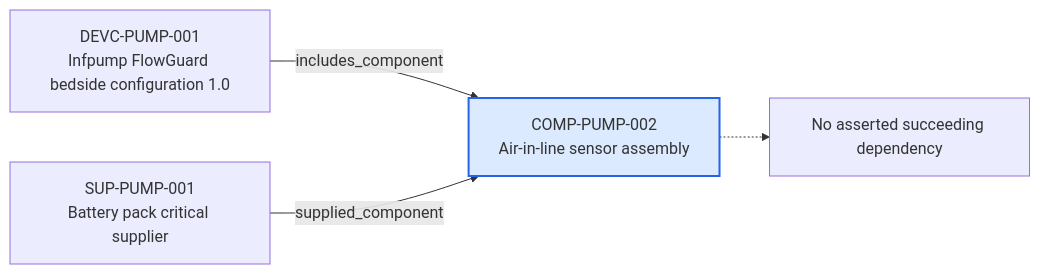
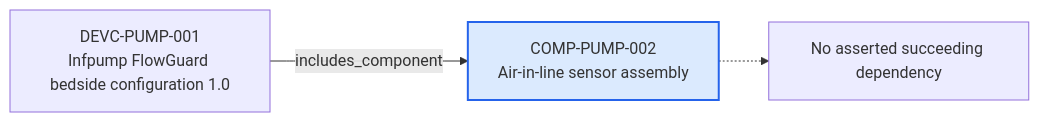
Before and after one commit to mvattulainen/mdrontology: the diagram in content/06-Infpump FlowGuard ontology notes/component/COMP-PUMP-002-air-in-line-sensor-assembly.md, drawn with Mermaid. The commit also changed other lines of this file and 30 other files, not shown here.

````diff
--- a/content/06-Infpump FlowGuard ontology notes/component/COMP-PUMP-002-air-in-line-sensor-assembly.md
+++ b/content/06-Infpump FlowGuard ontology notes/component/COMP-PUMP-002-air-in-line-sensor-assembly.md
@@ -69,12 +69,10 @@
 ```mermaid
 flowchart LR
   CURRENT["COMP-PUMP-002<br/>Air-in-line sensor assembly"]
   PREV0["DEVC-PUMP-001<br/>Infpump FlowGuard bedside configuration 1.0"]
   PREV0 -->|"includes_component"| CURRENT
-  PREV1["SUP-PUMP-001<br/>Battery pack critical supplier"]
-  PREV1 -->|"supplied_component"| CURRENT
   NEXT_NONE["No asserted succeeding dependency"]
   CURRENT -.-> NEXT_NONE
   classDef current fill:#dbeafe,stroke:#2563eb,stroke-width:2px
   class CURRENT current
 ```
````
